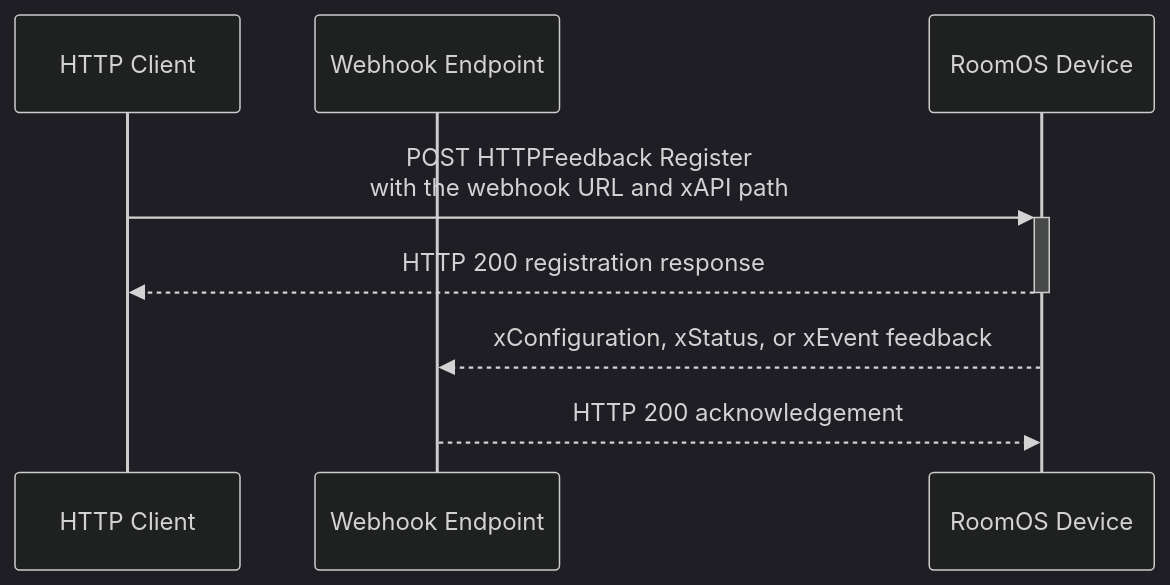
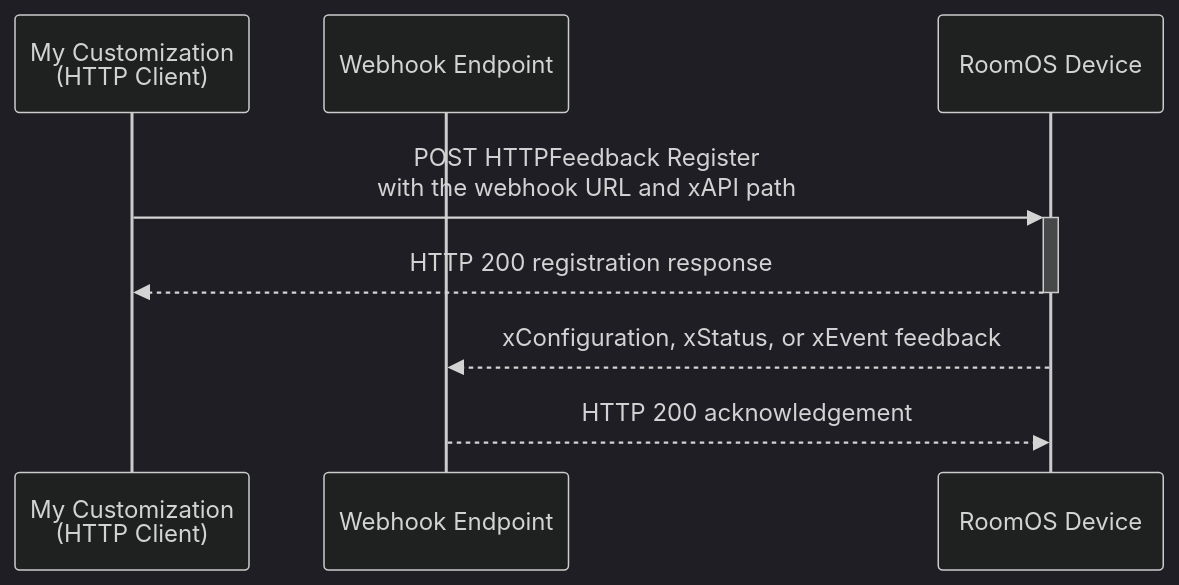
The third of 7 diagrams in docs/Main-Lab/RoomOS/rxp_xapi/rxp_xapi_cloud.md (WebexCC-SA/LAB-1451), drawn with Mermaid before and after one commit. The commit also changed other lines of this file and 2 other files, not shown here.

Commit message:
Keep customization context in HTTP diagrams

````diff
--- a/docs/Main-Lab/RoomOS/rxp_xapi/rxp_xapi_cloud.md
+++ b/docs/Main-Lab/RoomOS/rxp_xapi/rxp_xapi_cloud.md
@@ -51,11 +51,11 @@
                 ``` mermaid
                 %%{init: {'theme':'dark'}}%%
                 sequenceDiagram
-                  participant Client as HTTP Client
+                  participant Client as My Customization<br>(HTTP Client)
                   participant Webhook as Webhook Endpoint
                   participant Device as RoomOS Device
                   Client->>+Device: POST HTTPFeedback Register<br>with the webhook URL and xAPI path
                   Device-->>-Client: HTTP 200 registration response
                   Device-->>Webhook: xConfiguration, xStatus, or xEvent feedback
                   Webhook-->>Device: HTTP 200 acknowledgement
                 ```
````
